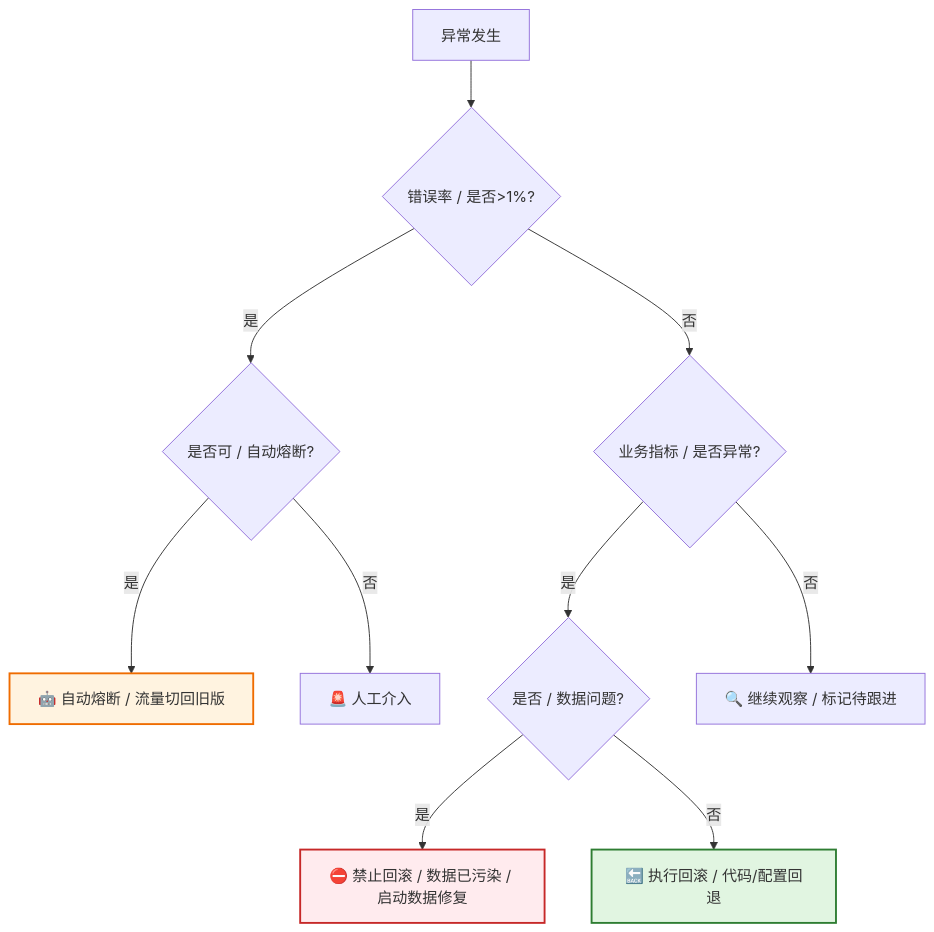
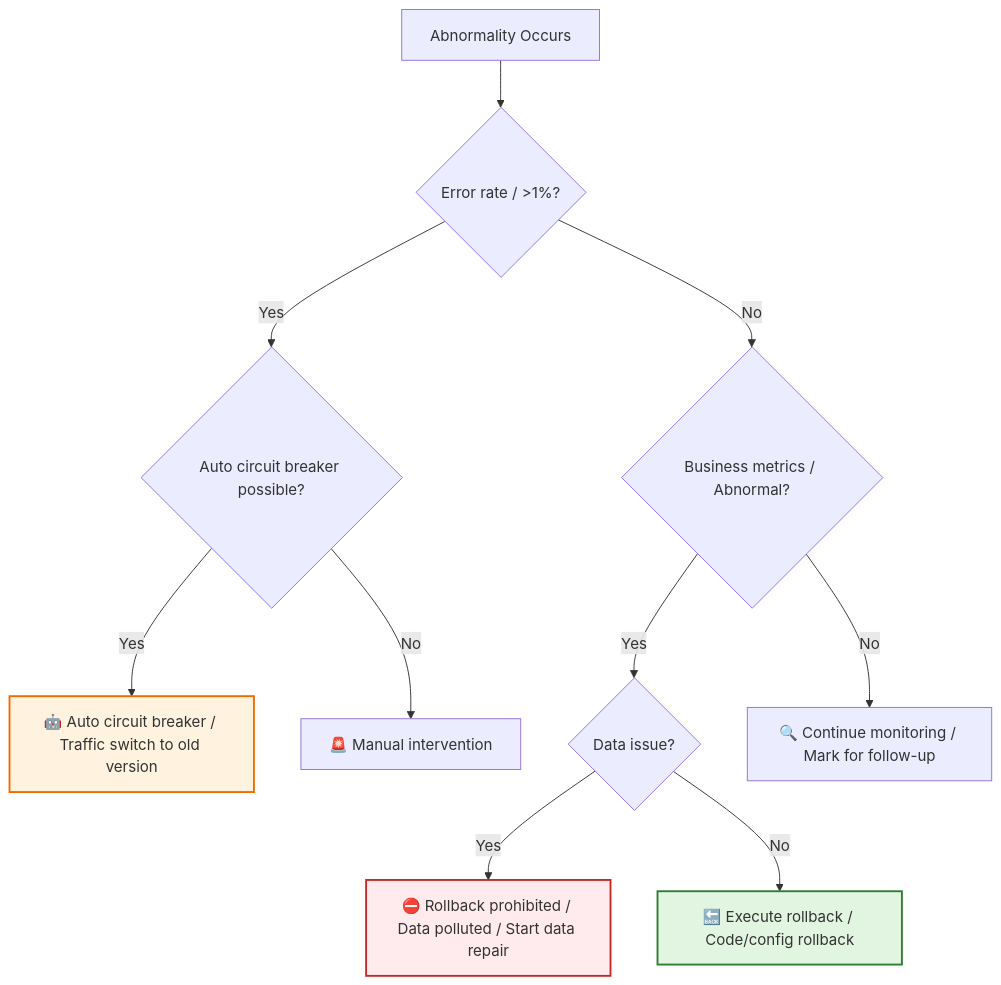
Before and after one commit to Kirky-X/cangjie: the sixth of 8 diagrams in templates/产品/交付层/【模板】发布计划文档.md, drawn with Mermaid. The commit also changed other lines of this file and 60 other files, not shown here.

````diff
--- a/templates/产品/交付层/【模板】发布计划文档.md
+++ b/templates/产品/交付层/【模板】发布计划文档.md
@@ -466,16 +466,16 @@
 ```mermaid
 flowchart TD
-    A[异常发生] --> B{错误率 / 是否>1%?}
-    B -->|是| C{是否可 / 自动熔断?}
-    C -->|是| D[🤖 自动熔断 / 流量切回旧版]
-    C -->|否| E[🚨 人工介入]
-    B -->|否| F{业务指标 / 是否异常?}
-    F -->|是| G{是否 / 数据问题?}
-    G -->|是| H[⛔ 禁止回滚 / 数据已污染 / 启动数据修复]
-    G -->|否| I[🔙 执行回滚 / 代码/配置回退]
-    F -->|否| J[🔍 继续观察 / 标记待跟进]
+    A[Abnormality Occurs] --> B{Error rate / >1%?}
+    B -->|Yes| C{Auto circuit breaker possible?}
+    C -->|Yes| D[🤖 Auto circuit breaker / Traffic switch to old version]
+    C -->|No| E[🚨 Manual intervention]
+    B -->|No| F{Business metrics / Abnormal?}
+    F -->|Yes| G{Data issue?}
+    G -->|Yes| H[⛔ Rollback prohibited / Data polluted / Start data repair]
+    G -->|No| I[🔙 Execute rollback / Code/config rollback]
+    F -->|No| J[🔍 Continue monitoring / Mark for follow-up]
 
     style D fill:#fff3e0,stroke:#ef6c00,stroke-width:2px
     style H fill:#ffebee,stroke:#c62828,stroke-width:2px
     style I fill:#e1f5e1,stroke:#2e7d32,stroke-width:2px
 ```
````
